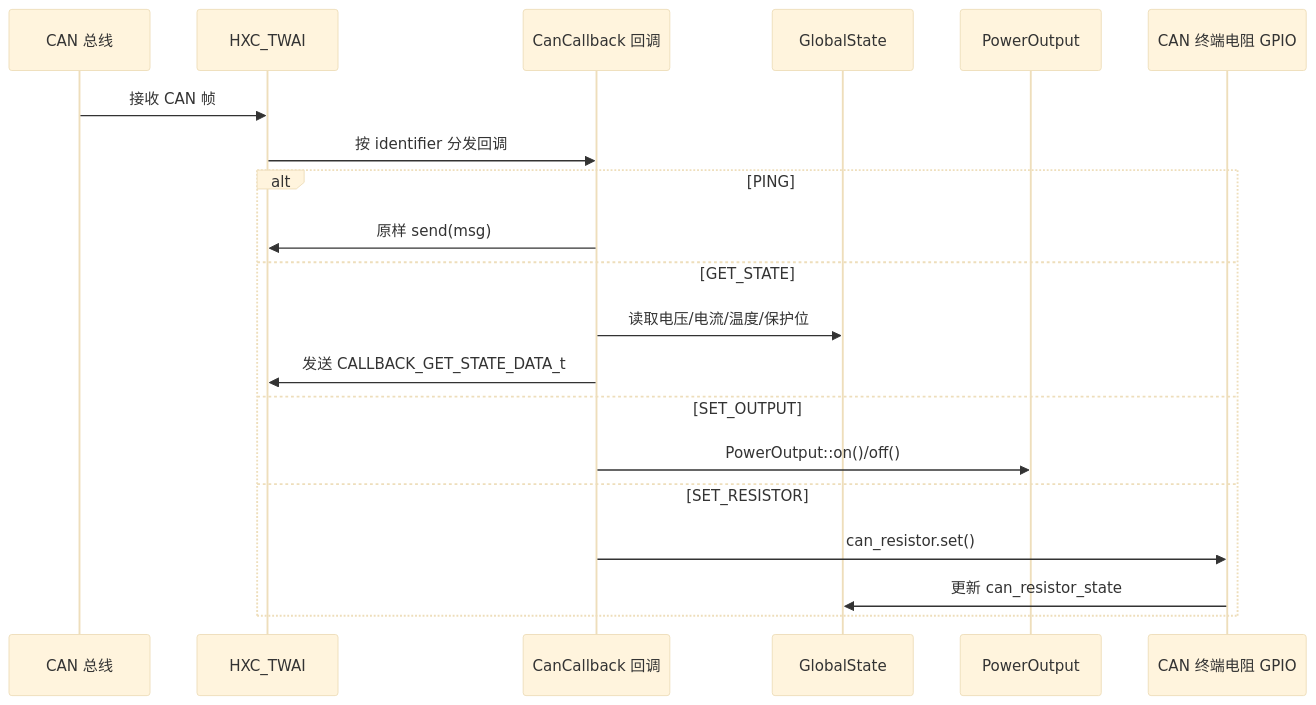
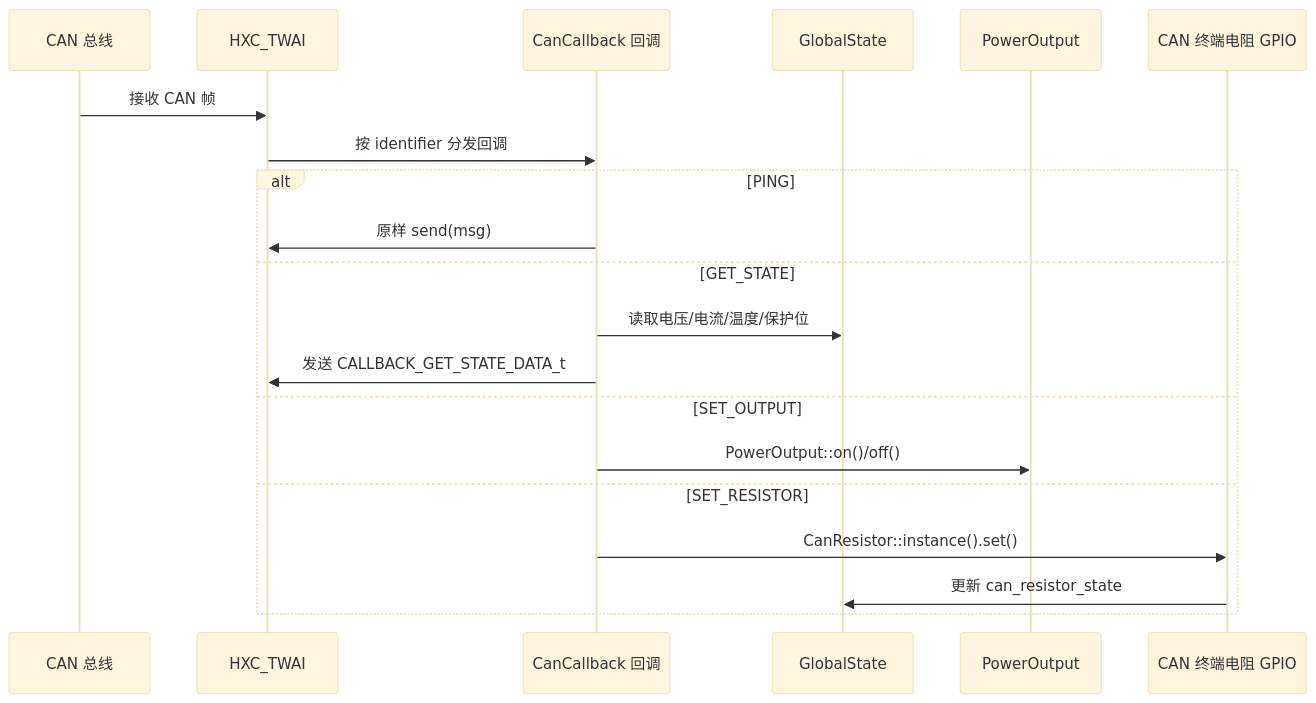
The first of 2 diagrams in components/app/can_callback/README.md (qingmeijiupiao/Wireless_power_meter_lite), drawn with Mermaid (base theme) before and after one commit. The commit also changed other lines of this file and 16 other files, not shown here.

````diff
--- a/components/app/can_callback/README.md
+++ b/components/app/can_callback/README.md
@@ -16,23 +16,23 @@
 ```mermaid
 sequenceDiagram
     participant Bus as CAN 总线
     participant TWAI as HXC_TWAI
     participant CB as CanCallback 回调
     participant GS as GlobalState
     participant PO as PowerOutput
     participant GPIO as CAN 终端电阻 GPIO
 
     Bus->>TWAI: 接收 CAN 帧
     TWAI->>CB: 按 identifier 分发回调
     alt PING
         CB->>TWAI: 原样 send(msg)
     else GET_STATE
         CB->>GS: 读取电压/电流/温度/保护位
         CB->>TWAI: 发送 CALLBACK_GET_STATE_DATA_t
     else SET_OUTPUT
         CB->>PO: PowerOutput::on()/off()
     else SET_RESISTOR
-        CB->>GPIO: can_resistor.set()
+        CB->>GPIO: CanResistor::instance().set()
         GPIO->>GS: 更新 can_resistor_state
     end
 ```
````
